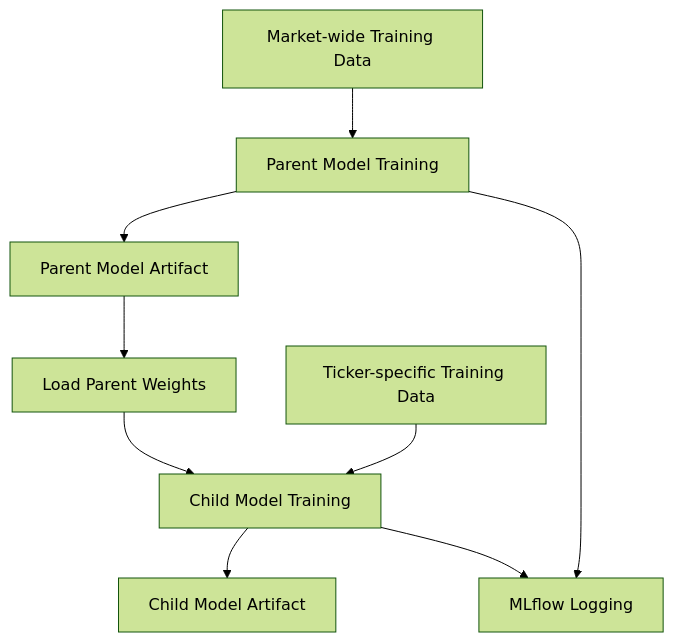
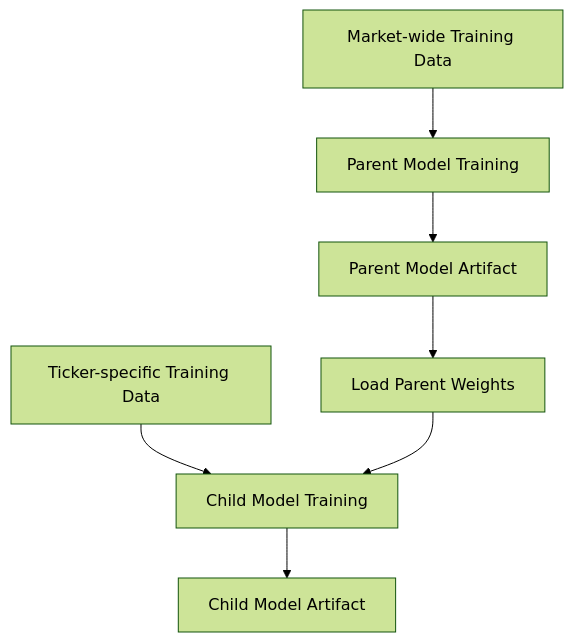
One commit to lanarkite99/stock_pred_pipeline changed the third of 3 diagrams in ref_docs/system_design.md. Above: the diagram before and after it, drawn with Mermaid (forest theme). The commit also changed other lines of this file and 10 other files, not shown here.

````diff
--- a/ref_docs/system_design.md
+++ b/ref_docs/system_design.md
@@ -407,11 +290,9 @@
 ```mermaid
 flowchart TD
     A[Market-wide Training Data] --> B[Parent Model Training]
     B --> C[Parent Model Artifact]
     C --> D[Load Parent Weights]
     E[Ticker-specific Training Data] --> F[Child Model Training]
     D --> F
     F --> G[Child Model Artifact]
-    B --> H[MLflow Logging]
-    F --> H
 ```
````
